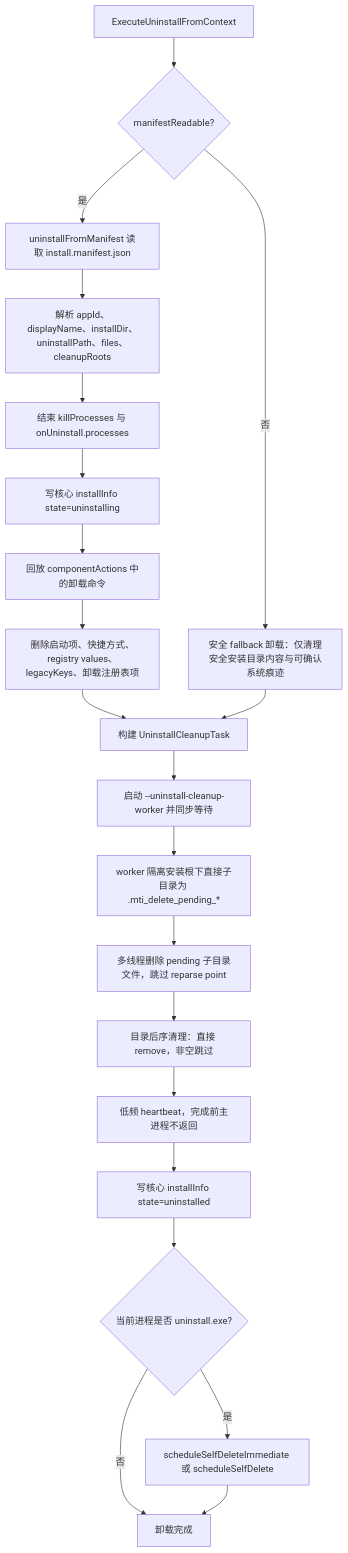
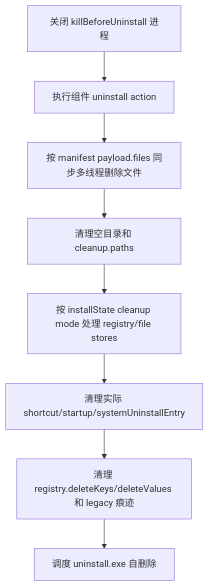
The seventh of 7 diagrams in docs/安装器流程图.md (lu020218/Multi-Threaded_Installer), drawn with Mermaid before and after one commit. The commit also changed other lines of this file and 63 other files, not shown here.

````diff
--- a/docs/安装器流程图.md
+++ b/docs/安装器流程图.md
@@ -245,23 +101,10 @@
 ```mermaid
 flowchart TD
-    A["ExecuteUninstallFromContext"] --> B{"manifestReadable?"}
-    B -->|是| C["uninstallFromManifest 读取 install.manifest.json"]
-    B -->|否| C1["安全 fallback 卸载：仅清理安全安装目录内容与可确认系统痕迹"]
-    C --> D["解析 appId、displayName、installDir、uninstallPath、files、cleanupRoots"]
-    D --> E["结束 killProcesses 与 onUninstall.processes"]
-    E --> F["写核心 installInfo state=uninstalling"]
-    F --> G["回放 componentActions 中的卸载命令"]
-    G --> H["删除启动项、快捷方式、registry values、legacyKeys、卸载注册表项"]
-    H --> I["构建 UninstallCleanupTask"]
-    C1 --> I
-    I --> J["启动 --uninstall-cleanup-worker 并同步等待"]
-    J --> K["worker 隔离安装根下直接子目录为 .mti_delete_pending_*"]
-    K --> L["多线程删除 pending 子目录文件，跳过 reparse point"]
-    L --> M["目录后序清理：直接 remove，非空跳过"]
-    M --> N["低频 heartbeat，完成前主进程不返回"]
-    N --> O["写核心 installInfo state=uninstalled"]
-    O --> P{"当前进程是否 uninstall.exe?"}
-    P -->|是| P1["scheduleSelfDeleteImmediate 或 scheduleSelfDelete"]
-    P -->|否| Q["卸载完成"]
-    P1 --> Q
+    A["关闭 killBeforeUninstall 进程"] --> B["执行组件 uninstall action"]
+    B --> C["按 manifest payload.files 同步多线程删除文件"]
+    C --> D["清理空目录和 cleanup.paths"]
+    D --> E["按 installState cleanup mode 处理 registry/file stores"]
+    E --> F["清理实际 shortcut/startup/systemUninstallEntry"]
+    F --> G["清理 registry.deleteKeys/deleteValues 和 legacy 痕迹"]
+    G --> H["调度 uninstall.exe 自删除"]
 ```
````
